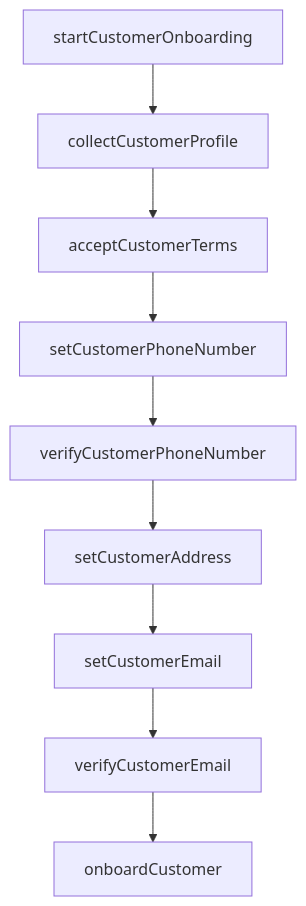
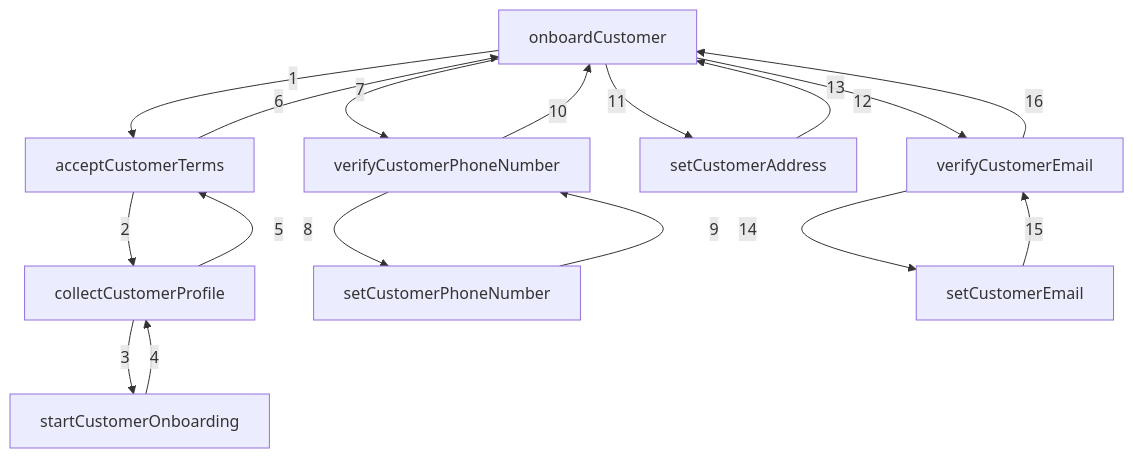
The diagram in grail-demo-09-random-conditions/random-traces-mermaid/trace-04.mmd (mamund/grail-public), drawn with Mermaid before and after one commit. The commit also changed 3 other files, not shown here.

Commit message:
update mermaid diagram

```diff
--- a/grail-demo-09-random-conditions/random-traces-mermaid/trace-04.mmd
+++ b/grail-demo-09-random-conditions/random-traces-mermaid/trace-04.mmd
@@ -1,12 +1,32 @@
 flowchart TD
-    A[startCustomerOnboarding]
-    B[collectCustomerProfile]
-    C[acceptCustomerTerms]
-    D[setCustomerPhoneNumber]
-    E[verifyCustomerPhoneNumber]
-    F[setCustomerAddress]
-    G[setCustomerEmail]
-    H[verifyCustomerEmail]
-    I[onboardCustomer]
 
-    A --> B --> C --> D --> E --> F --> G --> H --> I
+    OC[onboardCustomer]
+    AT[acceptCustomerTerms]
+    CP[collectCustomerProfile]
+    SO[startCustomerOnboarding]
+    VP[verifyCustomerPhoneNumber]
+    SP[setCustomerPhoneNumber]
+    SA[setCustomerAddress]
+    VE[verifyCustomerEmail]
+    SE[setCustomerEmail]
+
+    OC -->|1| AT
+    AT -->|2| CP
+    CP -->|3| SO
+
+    SO -->|4| CP
+    CP -->|5| AT
+    AT -->|6| OC
+
+    OC -->|7| VP
+    VP -->|8| SP
+    SP -->|9| VP
+    VP -->|10| OC
+
+    OC -->|11| SA
+    SA -->|12| OC
+
+    OC -->|13| VE
+    VE -->|14| SE
+    SE -->|15| VE
+    VE -->|16| OC
```
